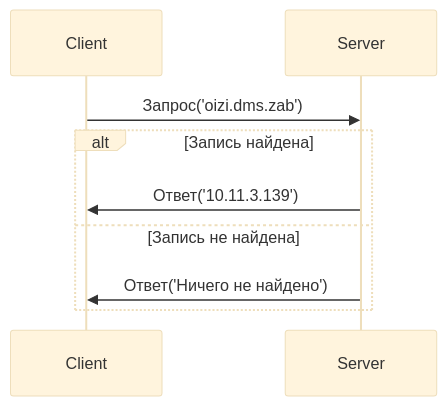
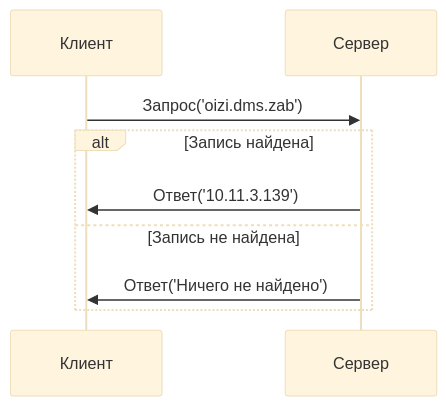
One commit to NemoNology/CSNT changed the diagram in VI/dns_client_server/ReadMe.md. Above: the diagram before and after it, drawn with Mermaid (base theme). The commit also changed other lines of this file, not shown here.

````diff
--- a/VI/dns_client_server/ReadMe.md
+++ b/VI/dns_client_server/ReadMe.md
@@ -9,9 +9,9 @@
 ```mermaid
 sequenceDiagram
-    Client->>Server: Запрос('oizi.dms.zab')
+    Клиент->>Сервер: Запрос('oizi.dms.zab')
     alt Запись найдена
-        Server->>Client: Ответ('10.11.3.139')
+        Сервер->>Клиент: Ответ('10.11.3.139')
     else Запись не найдена
-        Server->>Client: Ответ('Ничего не найдено')
+        Сервер->>Клиент: Ответ('Ничего не найдено')
     end
 ```
````
